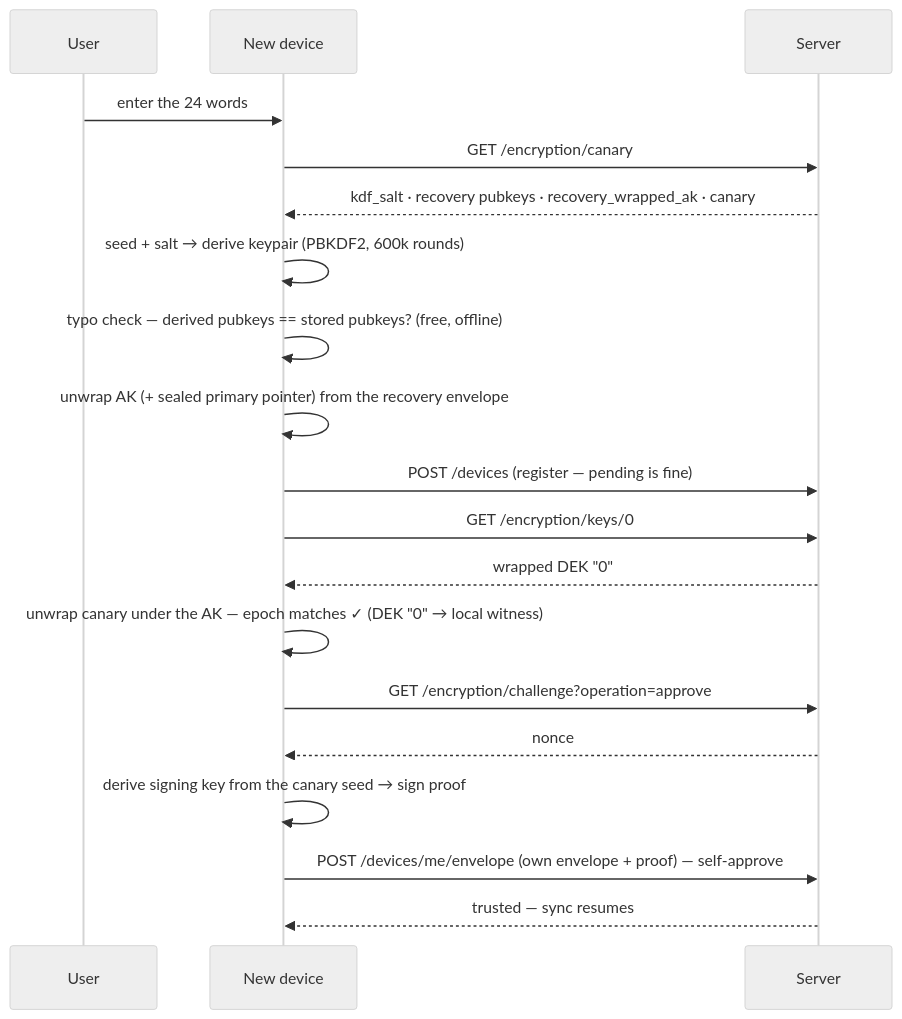
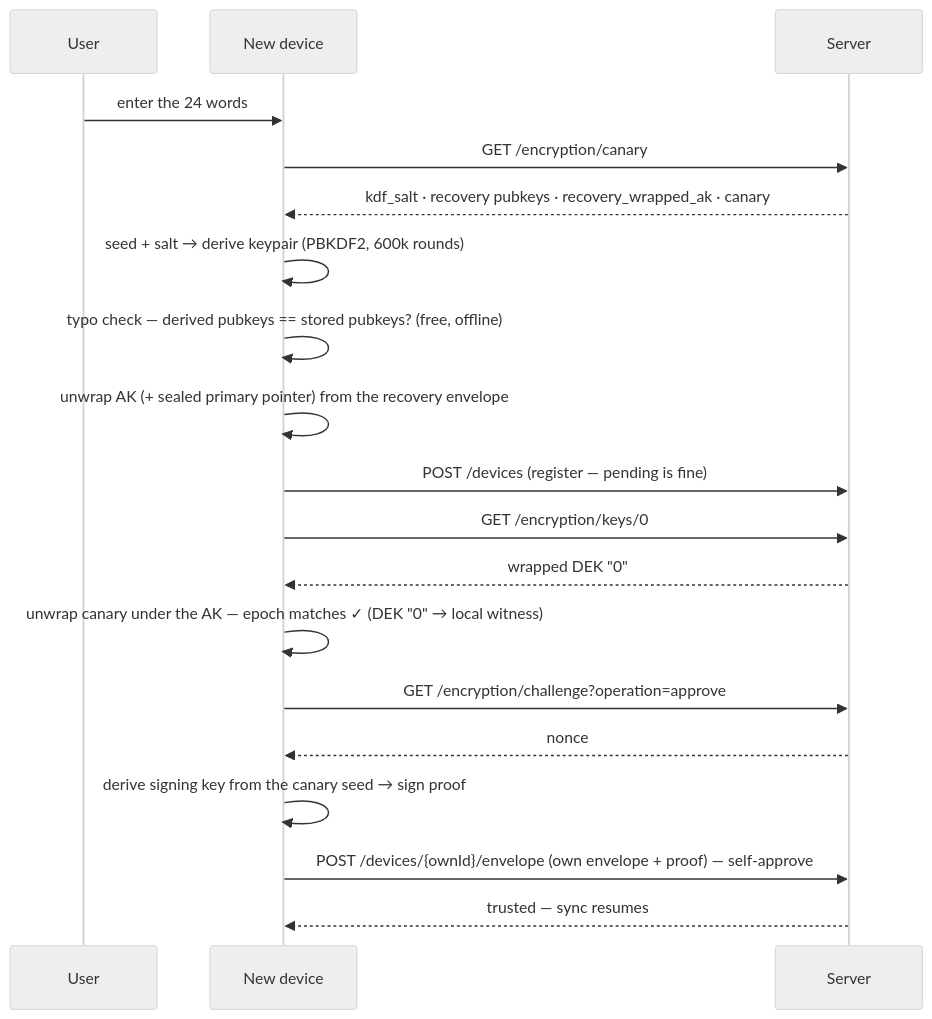
The sixth of 9 diagrams in docs/architecture/e2e-encryption.md (thunderbird/thunderbolt), drawn with Mermaid (neutral theme) before and after one commit. The commit also changed other lines of this file and 19 other files, not shown here.

````diff
--- a/docs/architecture/e2e-encryption.md
+++ b/docs/architecture/e2e-encryption.md
@@ -441,21 +441,21 @@
 ```mermaid
 sequenceDiagram
     participant U as User
     participant N as New device
     participant S as Server
     U->>N: enter the 24 words
     N->>S: GET /encryption/canary
     S-->>N: kdf_salt · recovery pubkeys · recovery_wrapped_ak · canary
     N->>N: seed + salt → derive keypair (PBKDF2, 600k rounds)
     N->>N: typo check — derived pubkeys == stored pubkeys? (free, offline)
     N->>N: unwrap AK (+ sealed primary pointer) from the recovery envelope
     N->>S: POST /devices (register — pending is fine)
     N->>S: GET /encryption/keys/0
     S-->>N: wrapped DEK "0"
     N->>N: unwrap canary under the AK — epoch matches ✓ (DEK "0" → local witness)
     N->>S: GET /encryption/challenge?operation=approve
     S-->>N: nonce
     N->>N: derive signing key from the canary seed → sign proof
-    N->>S: POST /devices/me/envelope (own envelope + proof) — self-approve
+    N->>S: POST /devices/{ownId}/envelope (own envelope + proof) — self-approve
     S-->>N: trusted — sync resumes
 ```
````
